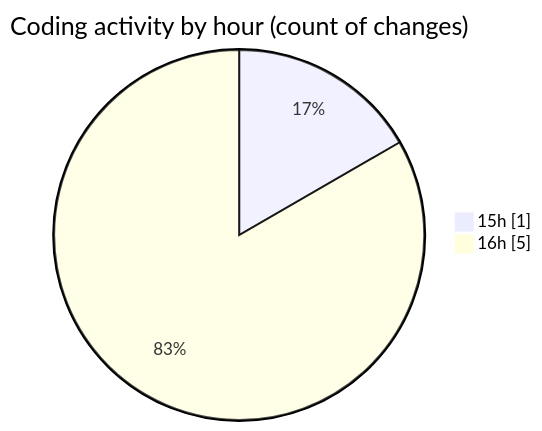
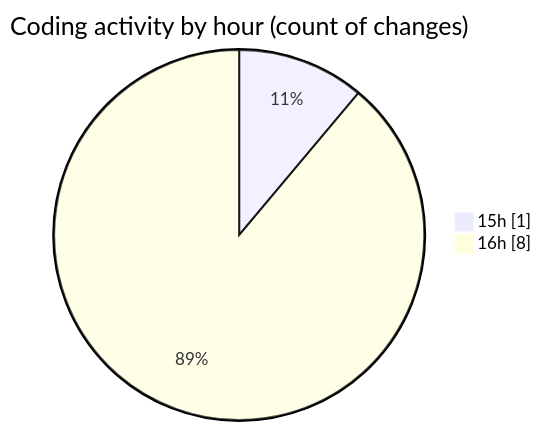
Before and after one commit to EIIisD/code-tracking: the second of 2 diagrams in 2025-07-21/fish/README.md, drawn with Mermaid. The commit also changed other lines of this file and 1 other file, not shown here.

````diff
--- a/2025-07-21/fish/README.md
+++ b/2025-07-21/fish/README.md
@@ -31,6 +31,6 @@
 ```mermaid
 pie showData
 title Coding activity by hour (count of changes)
 "15h" : 1
-"16h" : 5
+"16h" : 8
 ```
````
